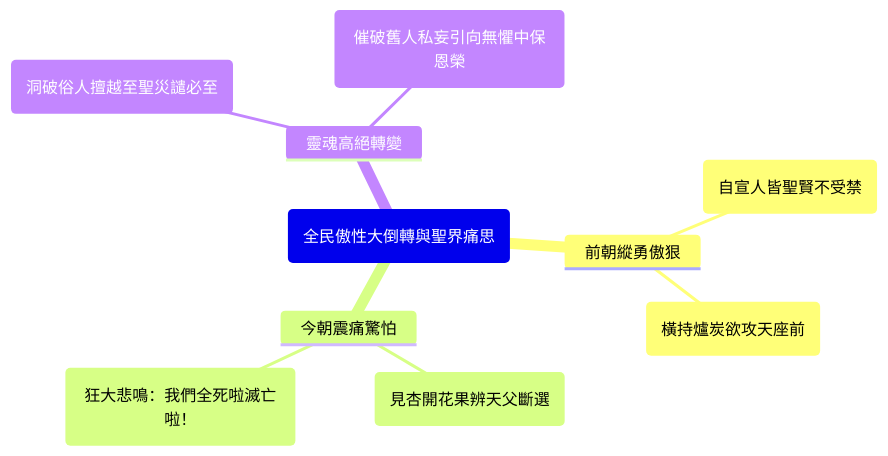
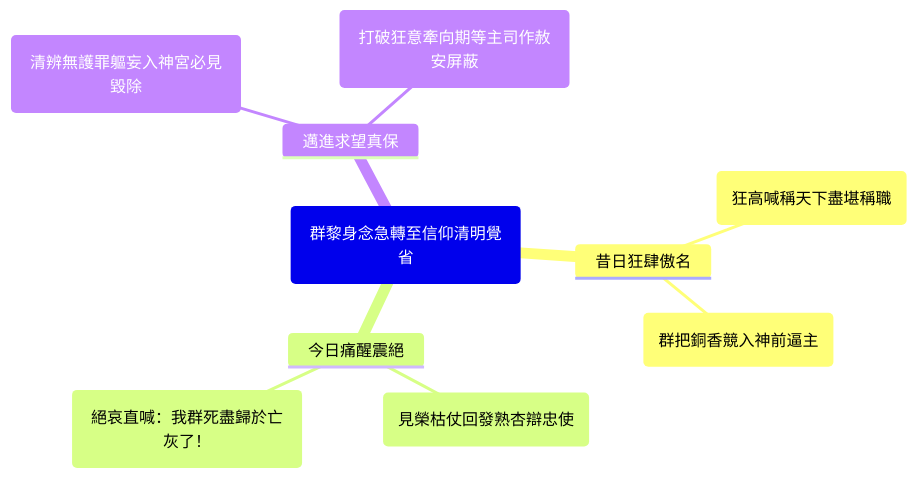
Before and after one commit to andyjr5566/Bible_wiki_zh: the third of 3 diagrams in 04 民數記/第17章.md, drawn with Mermaid. The commit also changed other lines of this file and 15 other files, not shown here.

````diff
--- a/04 民數記/第17章.md
+++ b/04 民數記/第17章.md
@@ -98,13 +98,14 @@
 ```mermaid
 mindmap
-    root("全民傲性大倒轉與聖界痛思")
-        前朝縱勇傲狠
-            ("自宣人皆聖賢不受禁")
-            ("橫持爐炭欲攻天座前")
-        今朝震痛驚怕
-            ("見杏開花果辨天父斷選")
-            ("狂大悲鳴：我們全死啦滅亡啦！")
-        靈魂高絕轉變
-            ("洞破俗人擅越至聖災譴必至")
-            ("催破舊人私妄引向無懼中保恩榮")
+    root("群黎身念急轉至信仰清明覺省")
+        昔日狂肆傲名
+            ("狂高喊稱天下盡堪稱職")
+            ("群把銅香競入神前逼主
+")
+        今日痛醒震絕
+            ("見榮枯仗回發熟杏辯忠使")
+            ("絕哀直喊：我群死盡歸於亡灰了！")
+        邁進求望真保
+            ("清辨無護罪軀妄入神宮必見毀除")
+            ("打破狂意牽向期等主司作赦安屏蔽")
 ```
````
